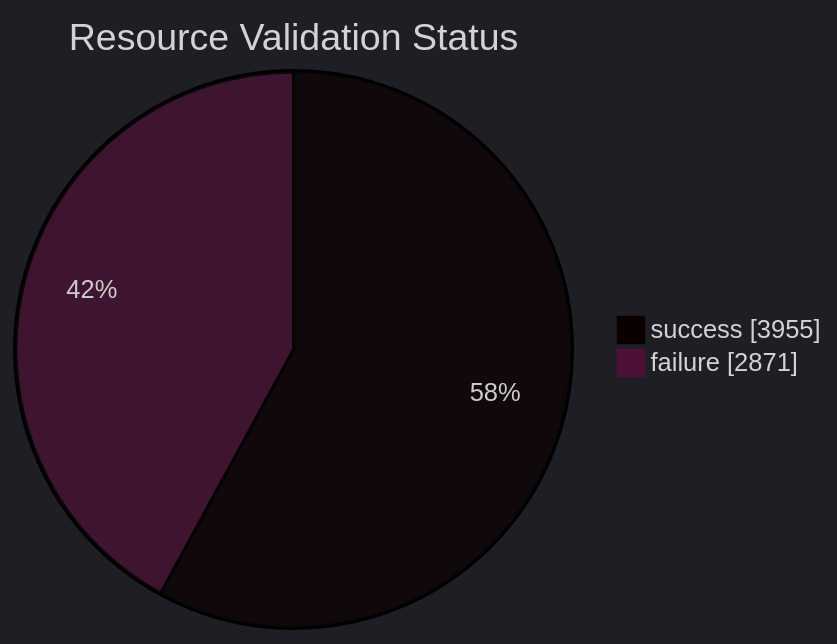
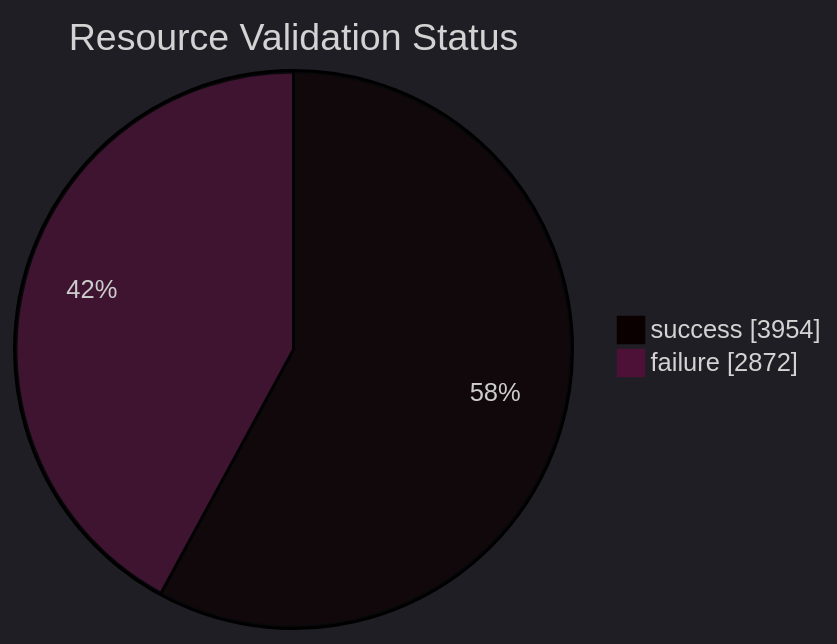
The first of 5 diagrams in datastore_tracker/README.md (open-data/analytics-corporate-reporting), drawn with Mermaid before and after one commit. The commit also changed 6 other files, not shown here.

````diff
--- a/datastore_tracker/README.md
+++ b/datastore_tracker/README.md
@@ -20,9 +20,9 @@
 ```mermaid
 ---
 config:
   theme: dark
 ---
 pie showData title Resource Validation Status
-    "success": 3955
-    "failure": 2871
+    "success": 3954
+    "failure": 2872
 ```
````
